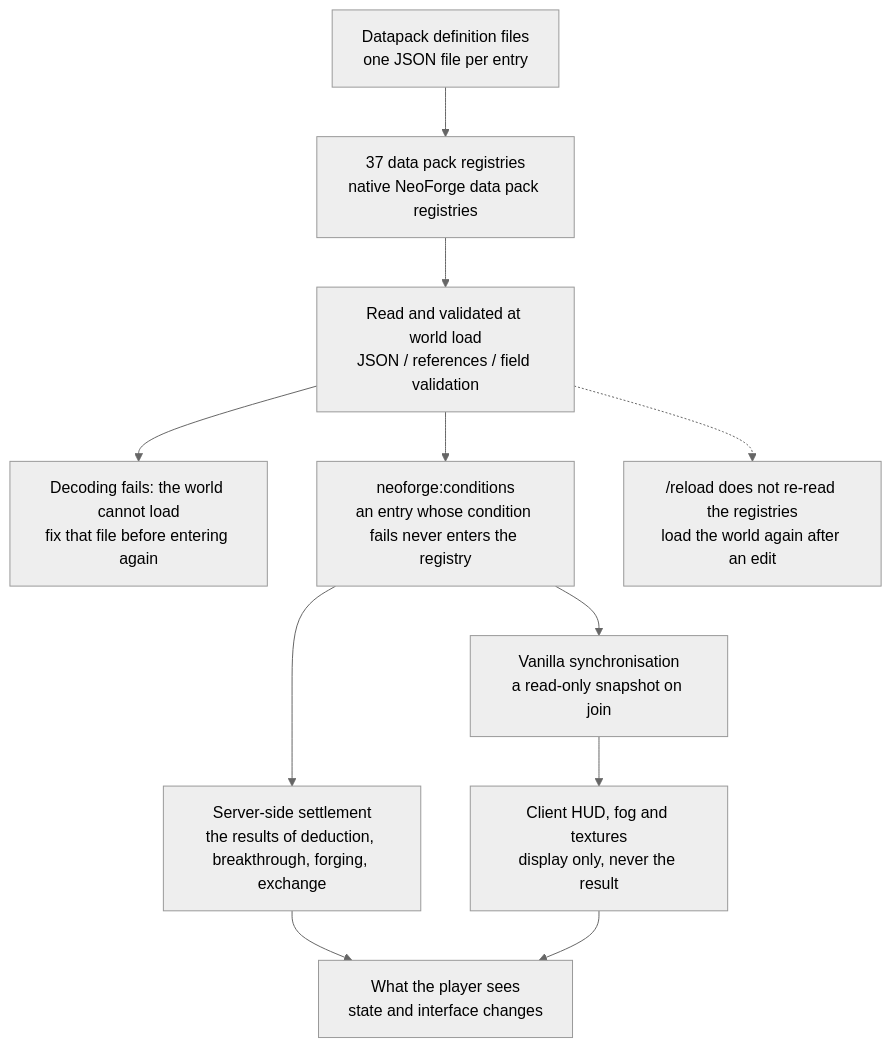
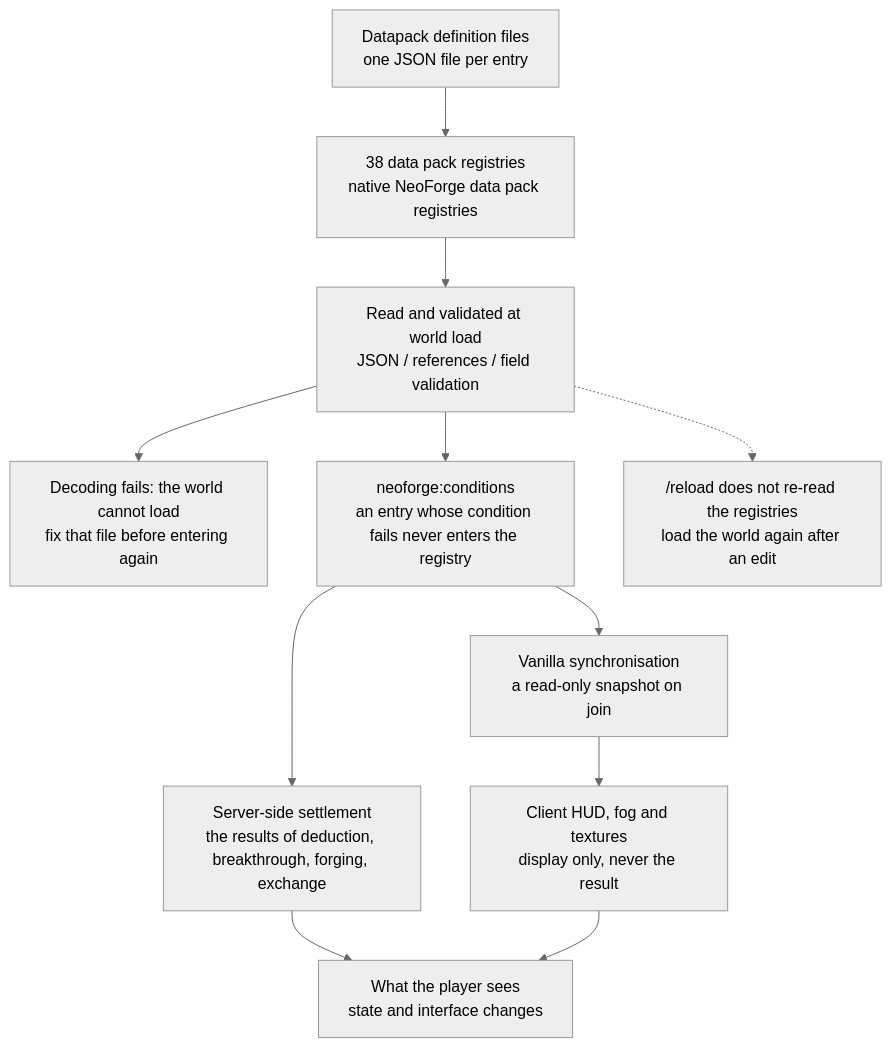
One commit to IAFEnvoy/mxt-docs changed the diagram in docs/en/datapack/overview.md. Above: the diagram before and after it, drawn with Mermaid (neutral theme). The commit also changed other lines of this file and 87 other files, not shown here.

````diff
--- a/docs/en/datapack/overview.md
+++ b/docs/en/datapack/overview.md
@@ -119,13 +119,13 @@
 ```mermaid
 flowchart TD
-    A["Datapack definition files<br/>one JSON file per entry"] --> B["37 data pack registries<br/>native NeoForge data pack registries"]
+    A["Datapack definition files<br/>one JSON file per entry"] --> B["38 data pack registries<br/>native NeoForge data pack registries"]
     B --> C["Read and validated at world load<br/>JSON / references / field validation"]
     C --> D["Decoding fails: the world cannot load<br/>fix that file before entering again"]
     C --> E["neoforge:conditions<br/>an entry whose condition fails never enters the registry"]
     E --> F["Vanilla synchronisation<br/>a read-only snapshot on join"]
     E --> G["Server-side settlement<br/>the results of deduction, breakthrough, forging, exchange"]
     F --> H["Client HUD, fog and textures<br/>display only, never the result"]
     G --> I["What the player sees<br/>state and interface changes"]
     H --> I
     C -.-> J["/reload does not re-read the registries<br/>load the world again after an edit"]
 ```
````
